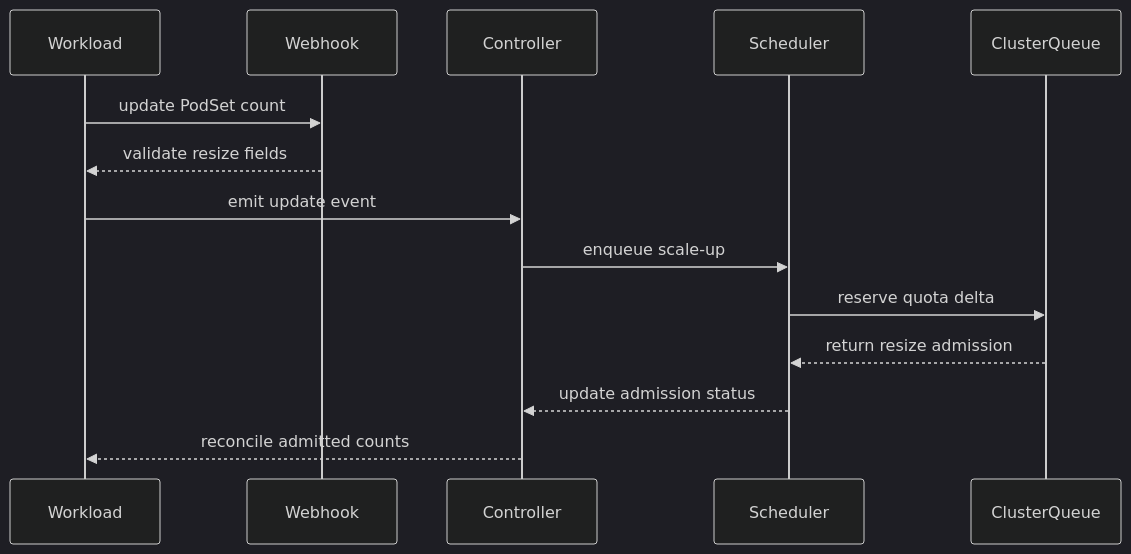
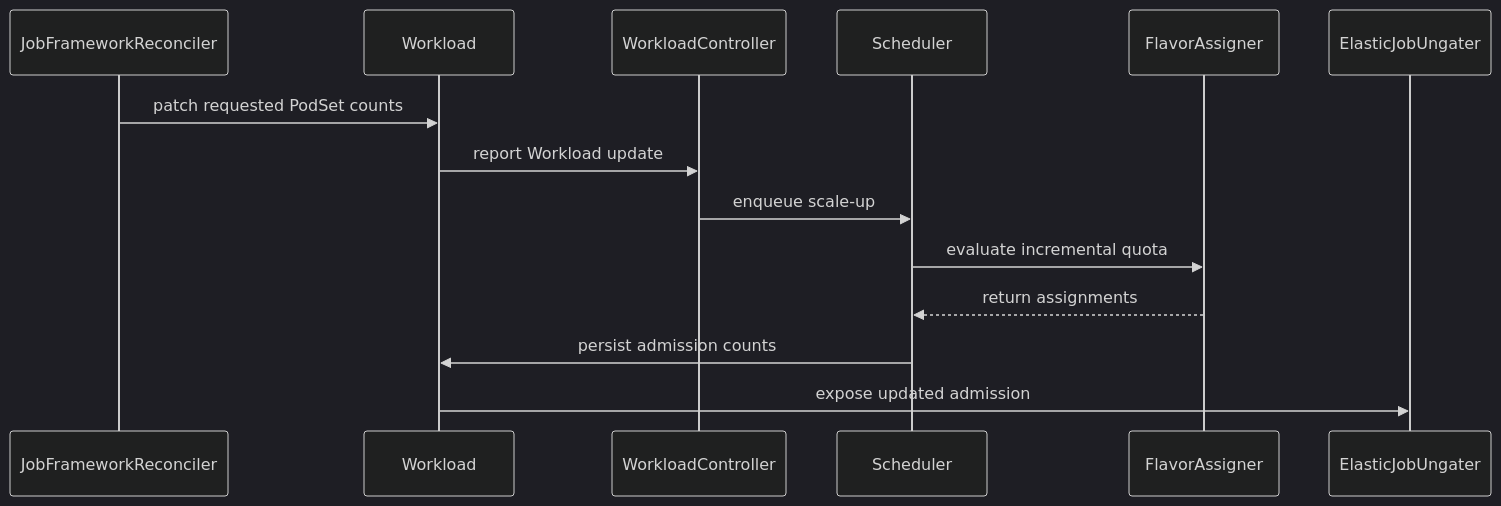
One commit to reruno/kueue-llm-wiki changed the diagram in raw/github/kubernetes-sigs__kueue/pr-13470.md. Above: the diagram before and after it, drawn with Mermaid (dark theme). The commit also changed other lines of this file and 952 other files, not shown here.

````diff
--- a/raw/github/kubernetes-sigs__kueue/pr-13470.md
+++ b/raw/github/kubernetes-sigs__kueue/pr-13470.md
@@ -197,16 +215,16 @@
 ```mermaid
 sequenceDiagram
+  participant JobFrameworkReconciler
   participant Workload
-  participant Webhook
-  participant Controller
+  participant WorkloadController
   participant Scheduler
-  participant ClusterQueue
-  Workload->>Webhook: update PodSet count
-  Webhook-->>Workload: validate resize fields
-  Workload->>Controller: emit update event
-  Controller->>Scheduler: enqueue scale-up
-  Scheduler->>ClusterQueue: reserve quota delta
-  ClusterQueue-->>Scheduler: return resize admission
-  Scheduler-->>Controller: update admission status
-  Controller-->>Workload: reconcile admitted counts
+  participant FlavorAssigner
+  participant ElasticJobUngater
+  JobFrameworkReconciler->>Workload: patch requested PodSet counts
+  Workload->>WorkloadController: report Workload update
+  WorkloadController->>Scheduler: enqueue scale-up
+  Scheduler->>FlavorAssigner: evaluate incremental quota
+  FlavorAssigner-->>Scheduler: return assignments
+  Scheduler->>Workload: persist admission counts
+  Workload->>ElasticJobUngater: expose updated admission
 ```
````
